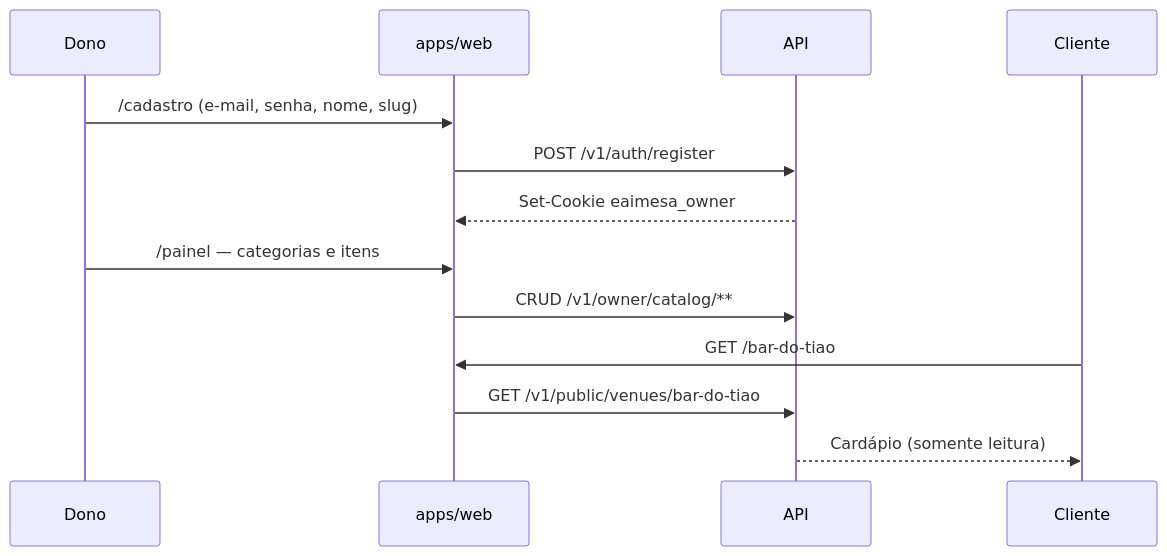
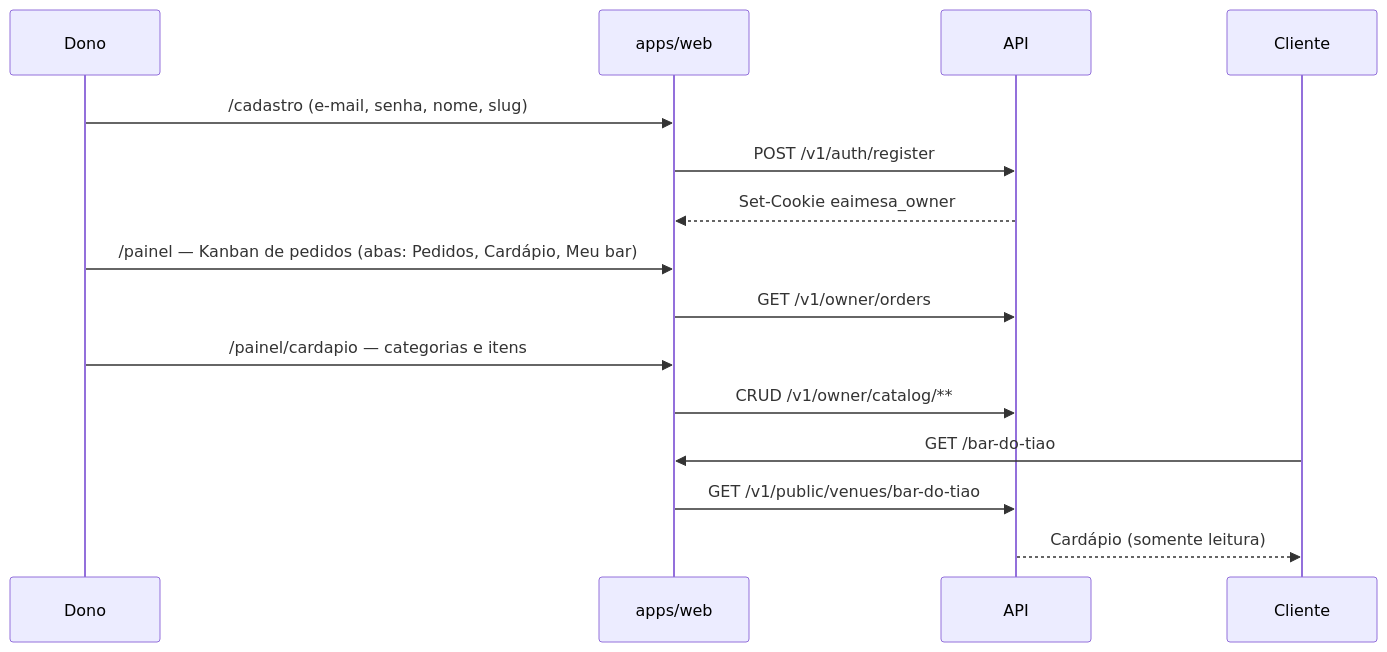
Before and after one commit to filiperamosds/eaimesa: the first of 3 diagrams in docs/product/fluxos.md, drawn with Mermaid. The commit also changed other lines of this file and 28 other files, not shown here.

First line of the commit message:
feat: Kanban de pedidos no painel (fatia 2) (#1)

````diff
--- a/docs/product/fluxos.md
+++ b/docs/product/fluxos.md
@@ -7,16 +7,18 @@
 ```mermaid
 sequenceDiagram
   participant D as Dono
   participant W as apps/web
   participant API as API
   participant C as Cliente
 
   D->>W: /cadastro (e-mail, senha, nome, slug)
   W->>API: POST /v1/auth/register
   API-->>W: Set-Cookie eaimesa_owner
-  D->>W: /painel — categorias e itens
+  D->>W: /painel — Kanban de pedidos (abas: Pedidos, Cardápio, Meu bar)
+  W->>API: GET /v1/owner/orders
+  D->>W: /painel/cardapio — categorias e itens
   W->>API: CRUD /v1/owner/catalog/**
   C->>W: GET /bar-do-tiao
   W->>API: GET /v1/public/venues/bar-do-tiao
   API-->>C: Cardápio (somente leitura)
 ```
````
